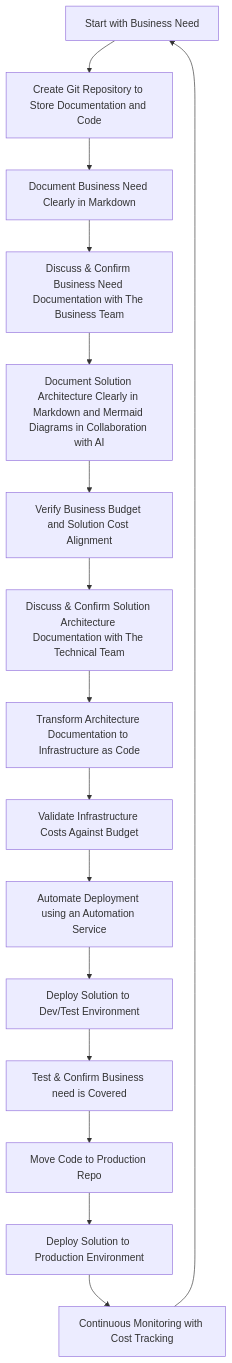
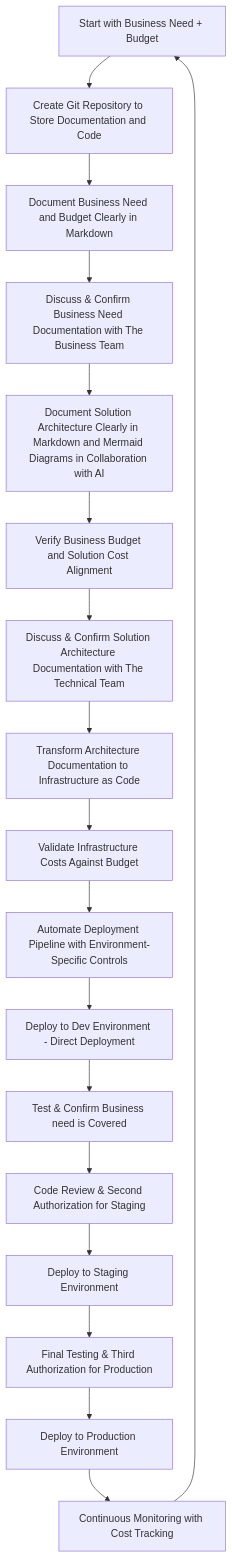
One commit to samirgonzalez/framework changed the diagram in README.md. Above: the diagram before and after it, drawn with Mermaid.

````diff
--- a/README.md
+++ b/README.md
@@ -52,18 +52,20 @@
 ```mermaid
 graph TD
-    A[Start with Business Need] --> B[Create Git Repository to Store Documentation and Code]
-    B --> C[Document Business Need Clearly in Markdown]
+    A[Start with Business Need + Budget] --> B[Create Git Repository to Store Documentation and Code]
+    B --> C[Document Business Need and Budget Clearly in Markdown]
     C --> D[Discuss & Confirm Business Need Documentation with The Business Team]
     D --> E[Document Solution Architecture Clearly in Markdown and Mermaid Diagrams in Collaboration with AI]
     E --> F[Verify Business Budget and Solution Cost Alignment]
     F --> G[Discuss & Confirm Solution Architecture Documentation with The Technical Team]
     G --> H[Transform Architecture Documentation to Infrastructure as Code]
     H --> I[Validate Infrastructure Costs Against Budget]
-    I --> J[Automate Deployment using an Automation Service]
-    J --> K[Deploy Solution to Dev/Test Environment]
+    I --> J[Automate Deployment Pipeline with Environment-Specific Controls]
+    J --> K[Deploy to Dev Environment - Direct Deployment]
     K --> L[Test & Confirm Business need is Covered]
-    L --> M[Move Code to Production Repo]
-    M --> N[Deploy Solution to Production Environment]
-    N --> O[Continuous Monitoring with Cost Tracking]
-    O --> A
+    L --> M[Code Review & Second Authorization for Staging]
+    M --> N[Deploy to Staging Environment]
+    N --> P[Final Testing & Third Authorization for Production]
+    P --> Q[Deploy to Production Environment]
+    Q --> R[Continuous Monitoring with Cost Tracking]
+    R --> A
 ```
````
